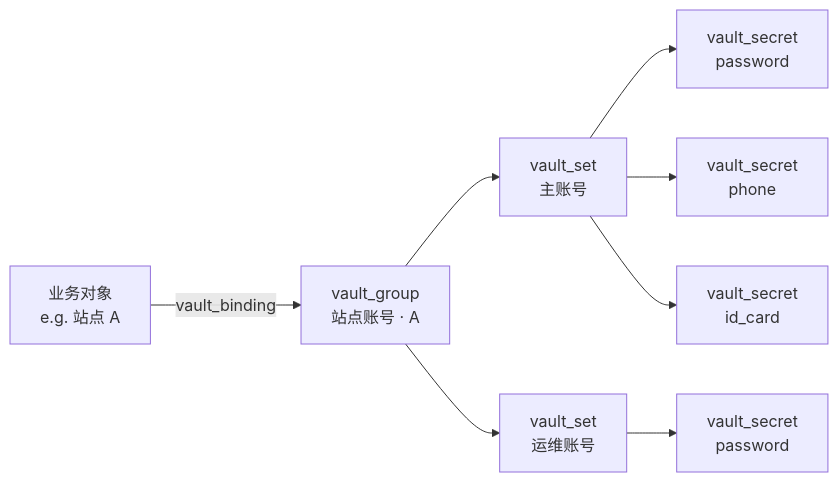
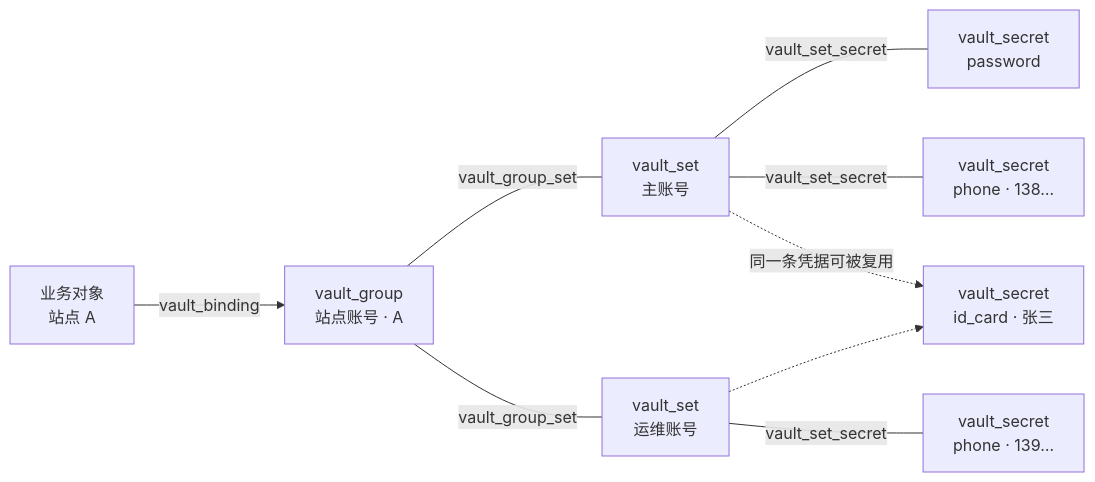
One commit to ityyq777/dsh-workbench-source changed the diagram in docs/specs/50-凭据保险箱集合层与通用凭据类型方案.md. Above: the diagram before and after it, drawn with Mermaid. The commit also changed other lines of this file and 1 other file, not shown here.

````diff
--- a/docs/specs/50-凭据保险箱集合层与通用凭据类型方案.md
+++ b/docs/specs/50-凭据保险箱集合层与通用凭据类型方案.md
@@ -76,10 +91,11 @@
 ```mermaid
 flowchart LR
-  B["业务对象<br/>e.g. 站点 A"] -->|vault_binding| G["vault_group<br/>站点账号 · A"]
-  G --> S1["vault_set<br/>主账号"]
-  G --> S2["vault_set<br/>运维账号"]
-  S1 --> K1["vault_secret<br/>password"]
-  S1 --> K2["vault_secret<br/>phone"]
-  S1 --> K3["vault_secret<br/>id_card"]
-  S2 --> K4["vault_secret<br/>password"]
+  B["业务对象<br/>站点 A"] -->|vault_binding| G["vault_group<br/>站点账号 · A"]
+  G ---|vault_group_set| S1["vault_set<br/>主账号"]
+  G ---|vault_group_set| S2["vault_set<br/>运维账号"]
+  S1 ---|vault_set_secret| K1["vault_secret<br/>password"]
+  S1 ---|vault_set_secret| K2["vault_secret<br/>phone · 138…"]
+  S2 ---|vault_set_secret| K3["vault_secret<br/>phone · 139…"]
+  S1 -.->|同一条凭据可被复用| K4["vault_secret<br/>id_card · 张三"]
+  S2 -.-> K4
 ```
````
